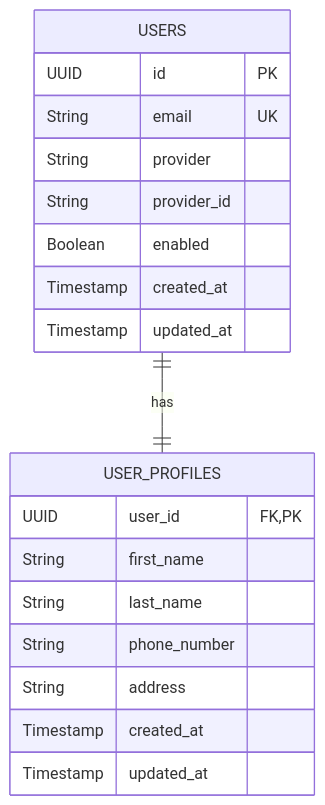
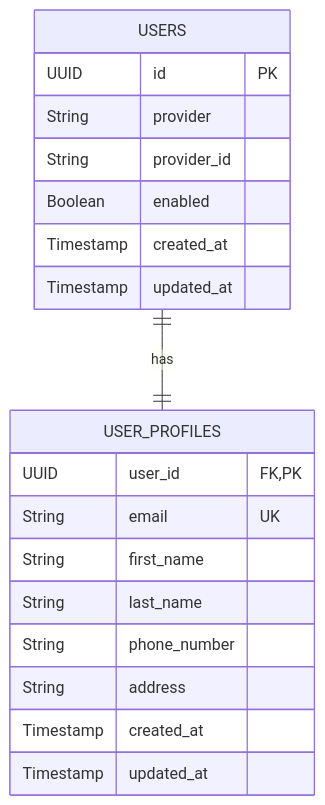
One commit to thongdanghoang/scalable-ecommerce-platform changed the diagram in specs/002-user-auth-profile/data-model.md. Above: the diagram before and after it, drawn with Mermaid. The commit also changed other lines of this file, not shown here.

Commit message:
docs: move email field from Users to UserProfile in data model spec

````diff
--- a/specs/002-user-auth-profile/data-model.md
+++ b/specs/002-user-auth-profile/data-model.md
@@ -8,22 +8,22 @@
 ```mermaid
 erDiagram
     USERS ||--|| USER_PROFILES: "has"
     USERS {
         UUID id PK
-        String email UK
         String provider
         String provider_id
         Boolean enabled
         Timestamp created_at
         Timestamp updated_at
     }
     USER_PROFILES {
         UUID user_id FK, PK
+        String email UK
         String first_name
         String last_name
         String phone_number
         String address
         Timestamp created_at
         Timestamp updated_at
     }
 ```
````
